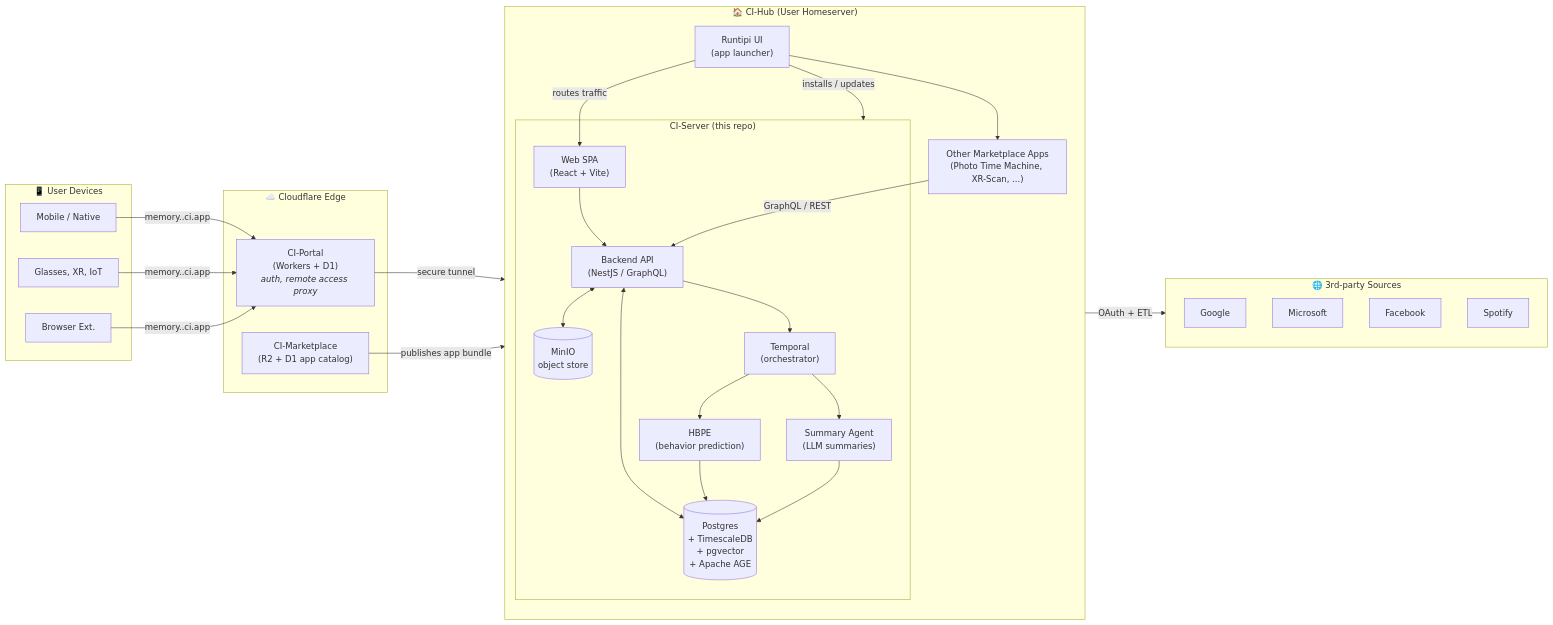
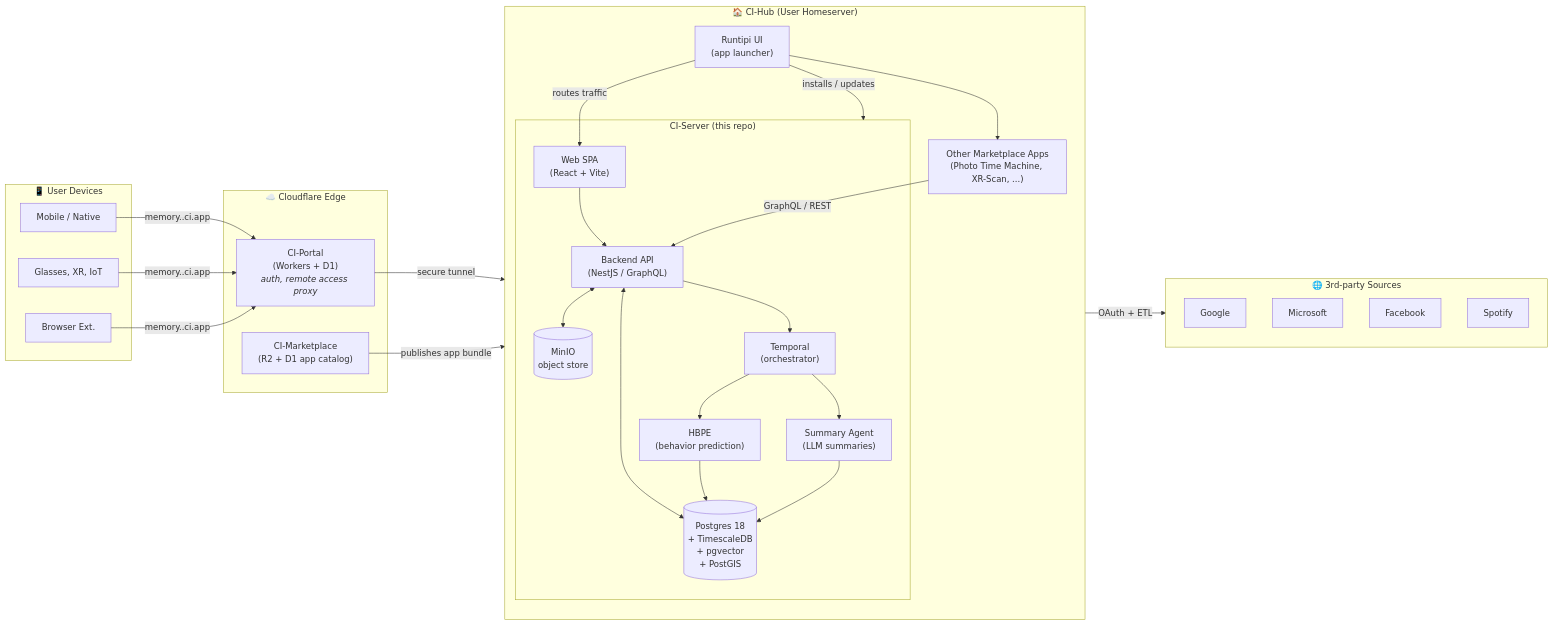
One commit to bennettchamberlain/Requiemv1 changed the first of 6 diagrams in docs/architecture/architecture.md. Above: the diagram before and after it, drawn with Mermaid. The commit also changed other lines of this file and 16 other files, not shown here.

````diff
--- a/docs/architecture/architecture.md
+++ b/docs/architecture/architecture.md
@@ -27,54 +33,54 @@
 ```mermaid
 flowchart LR
     subgraph CLOUD["☁️  Cloudflare Edge"]
         Portal["CI-Portal<br/>(Workers + D1)<br/><i>auth, remote access proxy</i>"]
         Market["CI-Marketplace<br/>(R2 + D1 app catalog)"]
     end
 
     subgraph HUB["🏠  CI-Hub (User Homeserver)"]
         direction TB
         HubUI["Runtipi UI<br/>(app launcher)"]
         subgraph SERVER["CI-Server (this repo)"]
             API["Backend API<br/>(NestJS / GraphQL)"]
             HBPE["HBPE<br/>(behavior prediction)"]
             SUM["Summary Agent<br/>(LLM summaries)"]
-            DB[("Postgres<br/>+ TimescaleDB<br/>+ pgvector<br/>+ Apache AGE")]
+            DB[("Postgres 18<br/>+ TimescaleDB<br/>+ pgvector<br/>+ PostGIS")]
             OBJ[("MinIO<br/>object store")]
             ORC["Temporal<br/>(orchestrator)"]
             Web["Web SPA<br/>(React + Vite)"]
         end
         OtherApps["Other Marketplace Apps<br/>(Photo Time Machine, XR-Scan, ...)"]
     end
 
     subgraph DEVICES["📱  User Devices"]
         Phone["Mobile / Native"]
         XR["Glasses, XR, IoT"]
         Browser["Browser Ext."]
     end
 
     subgraph THIRD["🌐 3rd-party Sources"]
         Google
         Microsoft
         Facebook
         Spotify
     end
 
     Phone & XR & Browser -- "memory.<user>.ci.app" --> Portal
     Portal -- secure tunnel --> HubUI
     HubUI -- routes traffic --> Web
     Web --> API
     Market -- "publishes app bundle" --> HubUI
     HubUI -- "installs / updates" --> SERVER
     HubUI --> OtherApps
     OtherApps -- "GraphQL / REST" --> API
 
     API <--> DB
     API <--> OBJ
     API --> ORC
     ORC --> HBPE
     ORC --> SUM
     HBPE --> DB
     SUM --> DB
 
     API -- OAuth + ETL --> THIRD
 ```
````
